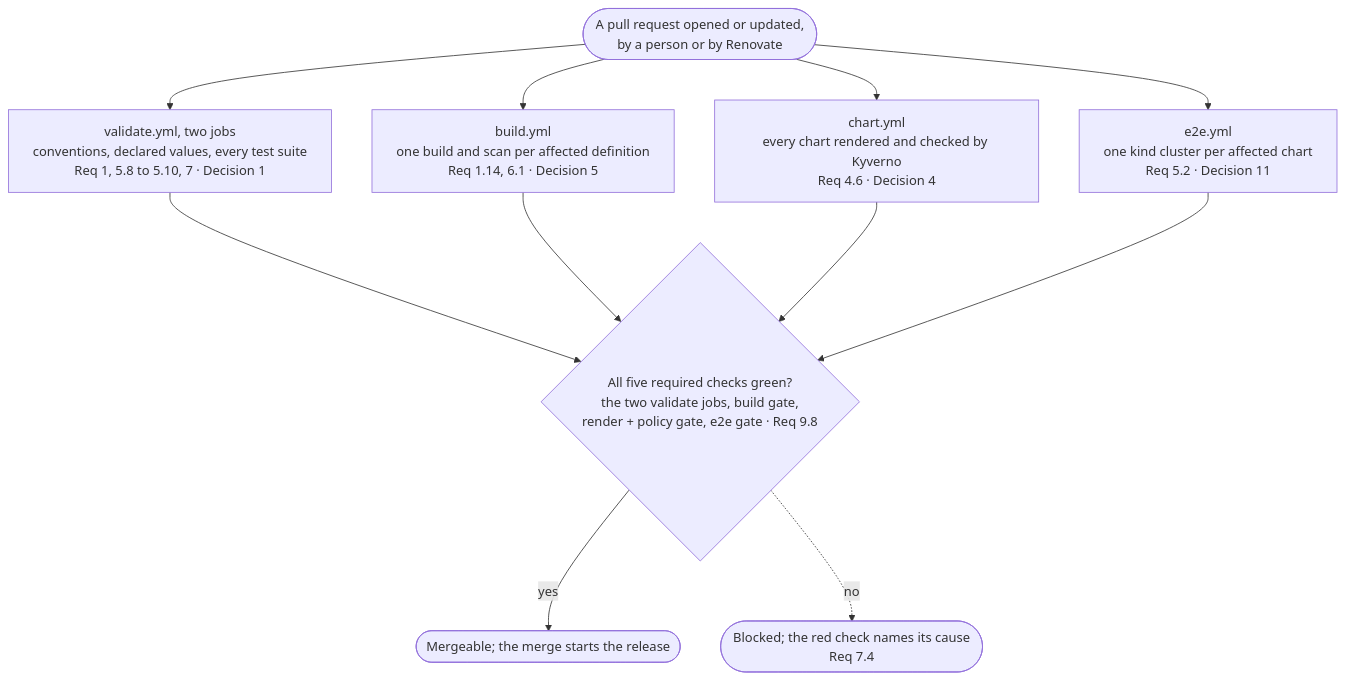
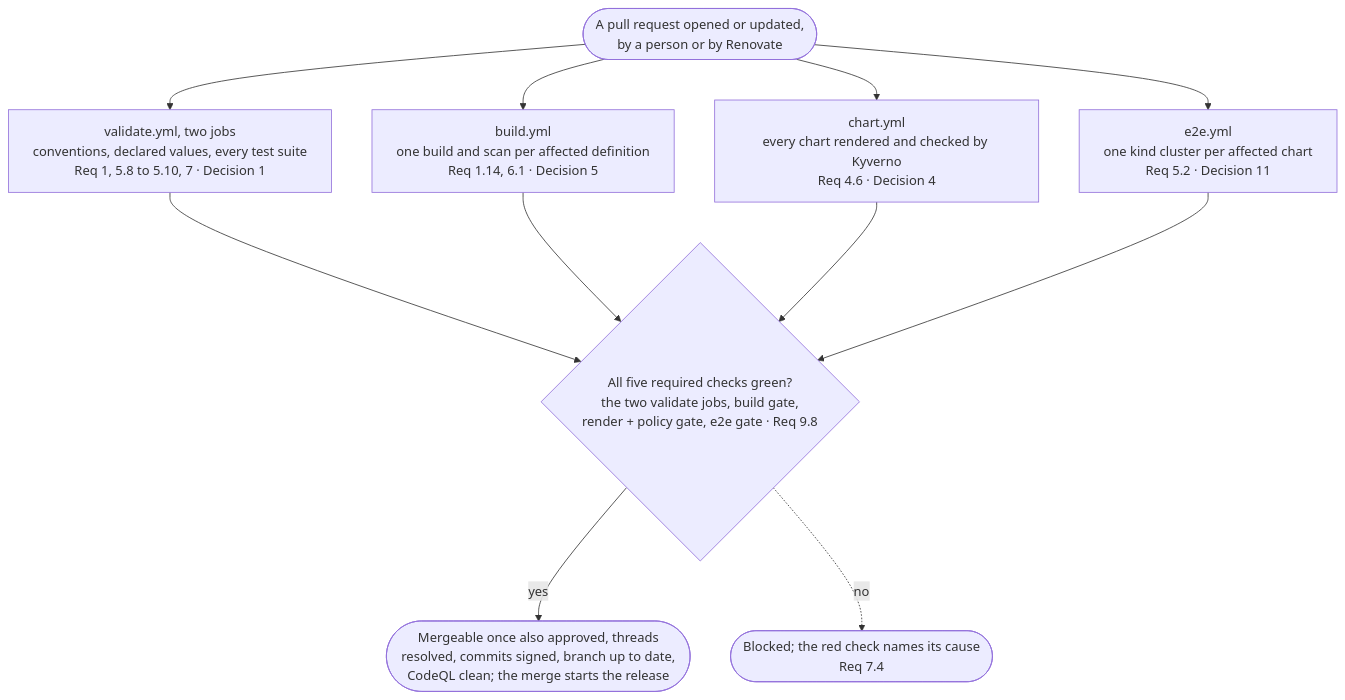
One commit to mm-weber/dhc-pipeline changed the fifth of 31 diagrams in docs/lanes.md. Above: the diagram before and after it, drawn with Mermaid. The commit also changed other lines of this file, not shown here.

First line of the commit message:
docs: the lanes held to the code, review fixes (plan 5; task 19.6)

````diff
--- a/docs/lanes.md
+++ b/docs/lanes.md
@@ -151,16 +152,16 @@
 ```mermaid
 %%{init: {"flowchart": {"wrappingWidth": 340}}}%%
 flowchart TB
     PR(["A pull request opened or updated,<br/>by a person or by Renovate"])
     V["validate.yml, two jobs<br/>conventions, declared values, every test suite<br/>Req 1, 5.8 to 5.10, 7 · Decision 1"]
     B["build.yml<br/>one build and scan per affected definition<br/>Req 1.14, 6.1 · Decision 5"]
     C["chart.yml<br/>every chart rendered and checked by Kyverno<br/>Req 4.6 · Decision 4"]
     E["e2e.yml<br/>one kind cluster per affected chart<br/>Req 5.2 · Decision 11"]
     REQ{"All five required checks green?<br/>the two validate jobs, build gate,<br/>render + policy gate, e2e gate · Req 9.8"}
-    OK(["Mergeable; the merge starts the release"])
+    OK(["Mergeable once also approved, threads<br/>resolved, commits signed, branch up to date,<br/>CodeQL clean; the merge starts the release"])
     RED(["Blocked; the red check names its cause<br/>Req 7.4"])
     PR --> V & B & C & E
     V & B & C & E --> REQ
     REQ -->|yes| OK
     REQ -.->|no| RED
 ```
````
